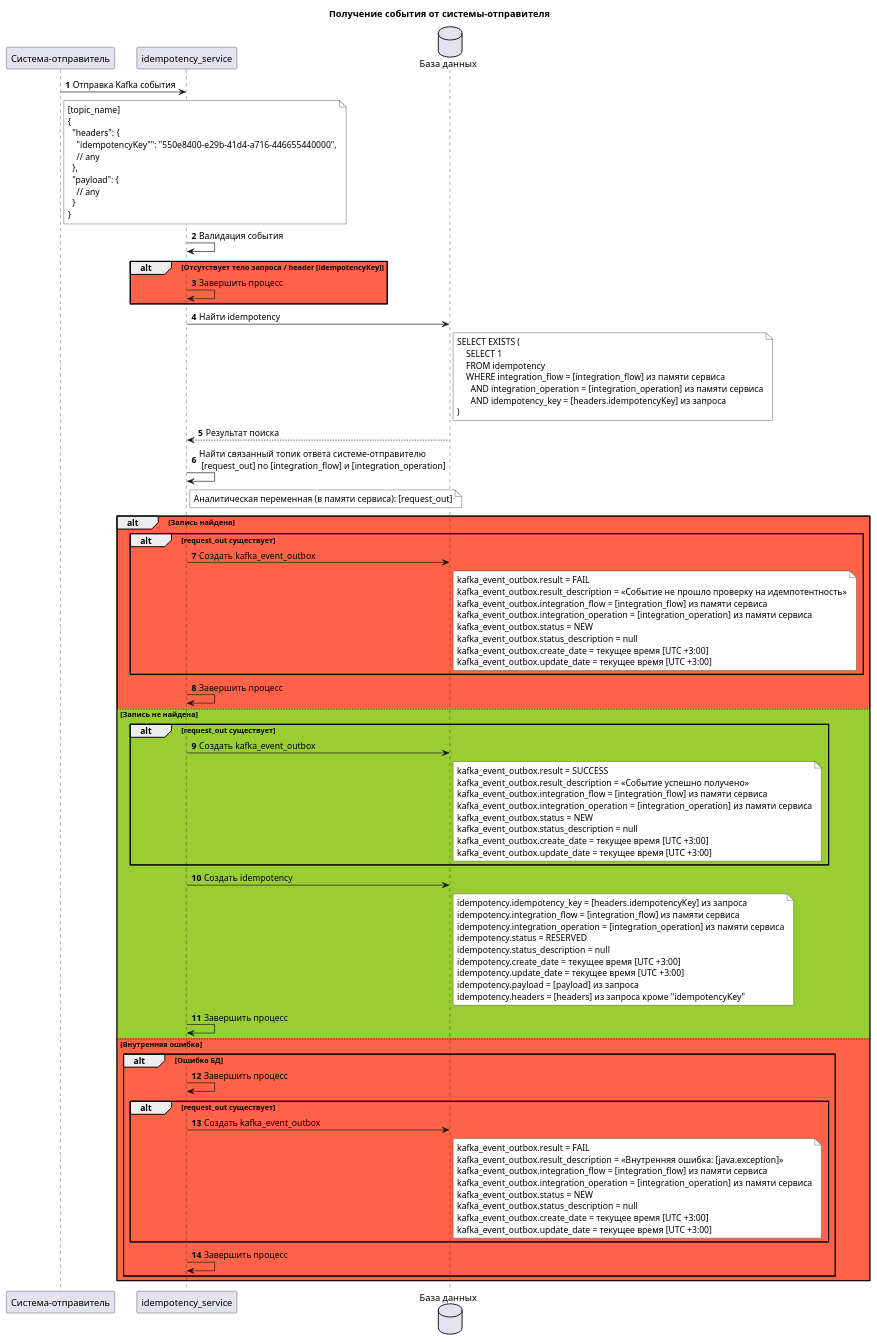
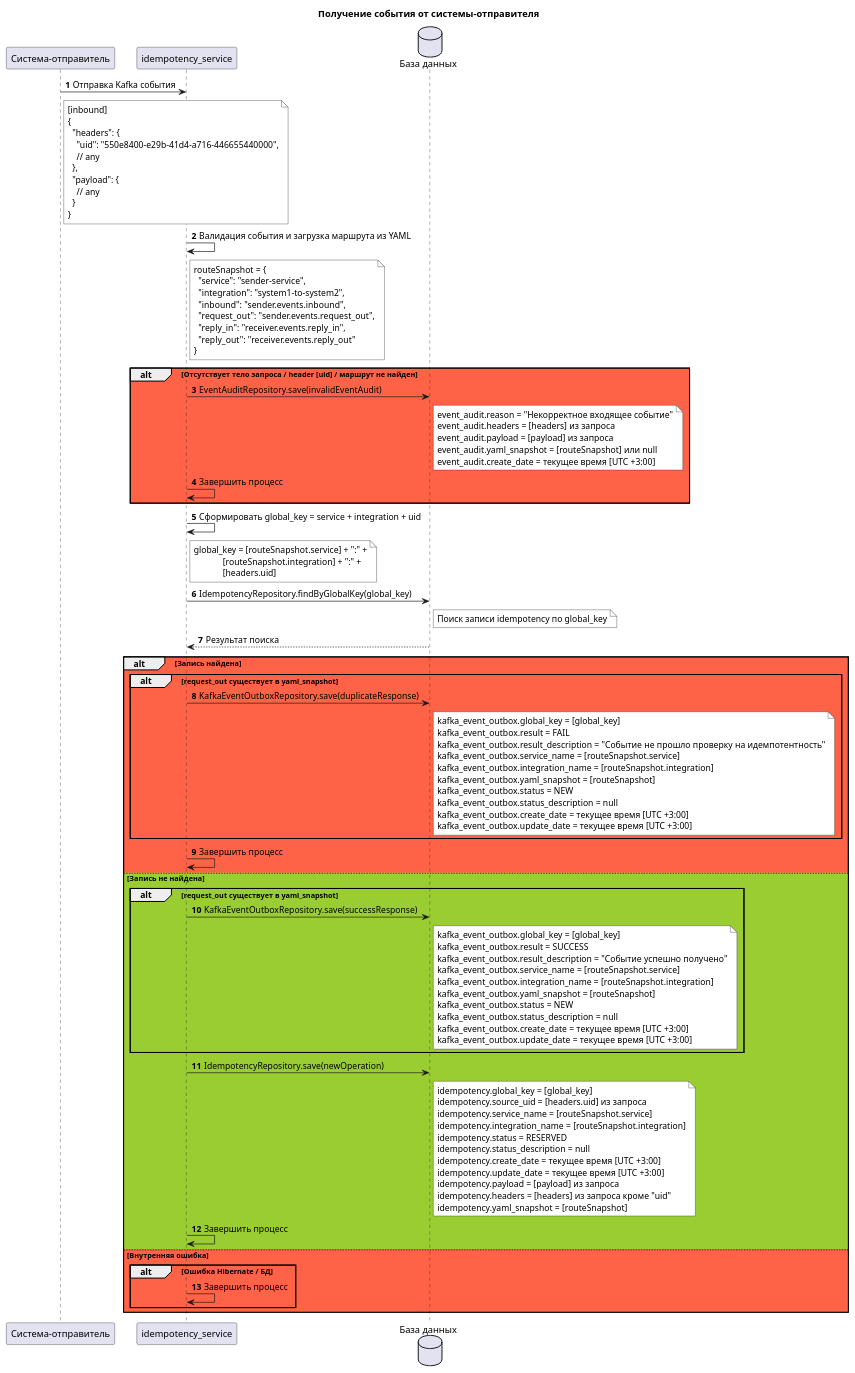
The diagram in architecture/1.puml (idempotence-service/core), drawn with PlantUML before and after one commit. The commit also changed 8 other files, not shown here.

```diff
--- a/architecture/1.puml
+++ b/architecture/1.puml
@@ -1,111 +1,116 @@
 @startuml
 title Получение события от системы-отправителя
 
 autonumber
 
 participant "Система-отправитель" as Sender
 participant "idempotency_service" as IdemService
 database "База данных" as DB
 
 Sender -> IdemService: Отправка Kafka события
 note right of Sender #FFFFFF
-[topic_name]
+[inbound]
 {
   "headers": {
-    "idempotencyKey"": "550e8400-e29b-41d4-a716-446655440000",
+    "uid": "550e8400-e29b-41d4-a716-446655440000",
     // any
   },
   "payload": {
     // any
   }
 }
 end note
 
-IdemService -> IdemService: Валидация события
+IdemService -> IdemService: Валидация события и загрузка маршрута из YAML
+note right of IdemService #FFFFFF
+routeSnapshot = {
+  "service": "sender-service",
+  "integration": "system1-to-system2",
+  "inbound": "sender.events.inbound",
+  "request_out": "sender.events.request_out",
+  "reply_in": "receiver.events.reply_in",
+  "reply_out": "receiver.events.reply_out"
+}
+end note
 
-alt #tomato Отсутствует тело запроса / header [idempotencyKey]
+alt #tomato Отсутствует тело запроса / header [uid] / маршрут не найден
+    IdemService -> DB: EventAuditRepository.save(invalidEventAudit)
+    note right of DB #FFFFFF
+        event_audit.reason = "Некорректное входящее событие"
+        event_audit.headers = [headers] из запроса
+        event_audit.payload = [payload] из запроса
+        event_audit.yaml_snapshot = [routeSnapshot] или null
+        event_audit.create_date = текущее время [UTC +3:00]
+    end note
     IdemService -> IdemService: Завершить процесс
 end
 
+IdemService -> IdemService: Сформировать global_key = service + integration + uid
+note right of IdemService #FFFFFF
+    global_key = [routeSnapshot.service] + ":" +
+                 [routeSnapshot.integration] + ":" +
+                 [headers.uid]
+end note
 
-IdemService -> DB: Найти idempotency
+IdemService -> DB: IdempotencyRepository.findByGlobalKey(global_key)
 note right of DB #FFFFFF
-    SELECT EXISTS (
-        SELECT 1
-        FROM idempotency
-        WHERE integration_flow = [integration_flow] из памяти сервиса
-          AND integration_operation = [integration_operation] из памяти сервиса
-          AND idempotency_key = [headers.idempotencyKey] из запроса
-    )
+    Поиск записи idempotency по global_key
 end note
 DB --> IdemService: Результат поиска
 
-IdemService -> IdemService: Найти связанный топик ответа системе-отправителю\n [request_out] по [integration_flow] и [integration_operation]
-note right of IdemService #FFFFFF
-    Аналитическая переменная (в памяти сервиса): [request_out]
-end note
-
 alt #tomato Запись найдена
-    alt #tomato request_out существует
-       IdemService -> DB: Создать kafka_event_outbox
+    alt #tomato request_out существует в yaml_snapshot
+       IdemService -> DB: KafkaEventOutboxRepository.save(duplicateResponse)
        note right of DB #FFFFFF
+          kafka_event_outbox.global_key = [global_key]
           kafka_event_outbox.result = FAIL
-          kafka_event_outbox.result_description = «Событие не прошло проверку на идемпотентность»
-          kafka_event_outbox.integration_flow = [integration_flow] из памяти сервиса
-          kafka_event_outbox.integration_operation = [integration_operation] из памяти сервиса
+          kafka_event_outbox.result_description = "Событие не прошло проверку на идемпотентность"
+          kafka_event_outbox.service_name = [routeSnapshot.service]
+          kafka_event_outbox.integration_name = [routeSnapshot.integration]
+          kafka_event_outbox.yaml_snapshot = [routeSnapshot]
           kafka_event_outbox.status = NEW
           kafka_event_outbox.status_description = null
           kafka_event_outbox.create_date = текущее время [UTC +3:00]
           kafka_event_outbox.update_date = текущее время [UTC +3:00]
        end note
     end
     IdemService -> IdemService: Завершить процесс
 else #yellowgreen Запись не найдена
-    alt #yellowgreen request_out существует
-        IdemService -> DB: Создать kafka_event_outbox
+    alt #yellowgreen request_out существует в yaml_snapshot
+        IdemService -> DB: KafkaEventOutboxRepository.save(successResponse)
         note right of DB #FFFFFF
+           kafka_event_outbox.global_key = [global_key]
            kafka_event_outbox.result = SUCCESS
-           kafka_event_outbox.result_description = «Событие успешно получено»
-           kafka_event_outbox.integration_flow = [integration_flow] из памяти сервиса
-           kafka_event_outbox.integration_operation = [integration_operation] из памяти сервиса
+           kafka_event_outbox.result_description = "Событие успешно получено"
+           kafka_event_outbox.service_name = [routeSnapshot.service]
+           kafka_event_outbox.integration_name = [routeSnapshot.integration]
+           kafka_event_outbox.yaml_snapshot = [routeSnapshot]
            kafka_event_outbox.status = NEW
            kafka_event_outbox.status_description = null
            kafka_event_outbox.create_date = текущее время [UTC +3:00]
            kafka_event_outbox.update_date = текущее время [UTC +3:00]
         end note
     end
 
-    IdemService -> DB: Создать idempotency
+    IdemService -> DB: IdempotencyRepository.save(newOperation)
     note right of DB #FFFFFF
-       idempotency.idempotency_key = [headers.idempotencyKey] из запроса
-       idempotency.integration_flow = [integration_flow] из памяти сервиса
-       idempotency.integration_operation = [integration_operation] из памяти сервиса
+       idempotency.global_key = [global_key]
+       idempotency.source_uid = [headers.uid] из запроса
+       idempotency.service_name = [routeSnapshot.service]
+       idempotency.integration_name = [routeSnapshot.integration]
        idempotency.status = RESERVED
        idempotency.status_description = null
        idempotency.create_date = текущее время [UTC +3:00]
        idempotency.update_date = текущее время [UTC +3:00]
        idempotency.payload = [payload] из запроса
-       idempotency.headers = [headers] из запроса кроме "idempotencyKey"
+       idempotency.headers = [headers] из запроса кроме "uid"
+       idempotency.yaml_snapshot = [routeSnapshot]
     end note
     IdemService -> IdemService: Завершить процесс
 else #tomato Внутренняя ошибка
-    alt Ошибка БД
-        IdemService -> IdemService : Завершить процесс
-        alt #tomato request_out существует
-            IdemService -> DB : Создать kafka_event_outbox
-            note right of DB #FFFFFF
-                kafka_event_outbox.result = FAIL
-                kafka_event_outbox.result_description = «Внутренняя ошибка: [java.exception]»
-                kafka_event_outbox.integration_flow = [integration_flow] из памяти сервиса
-                kafka_event_outbox.integration_operation = [integration_operation] из памяти сервиса
-                kafka_event_outbox.status = NEW
-                kafka_event_outbox.status_description = null
-                kafka_event_outbox.create_date = текущее время [UTC +3:00]
-                kafka_event_outbox.update_date = текущее время [UTC +3:00]
-            end note
-        end
-        IdemService -> IdemService : Завершить процесс
+    alt Ошибка Hibernate / БД
+        IdemService -> IdemService: Завершить процесс
     end
 end
 
 @enduml
```
